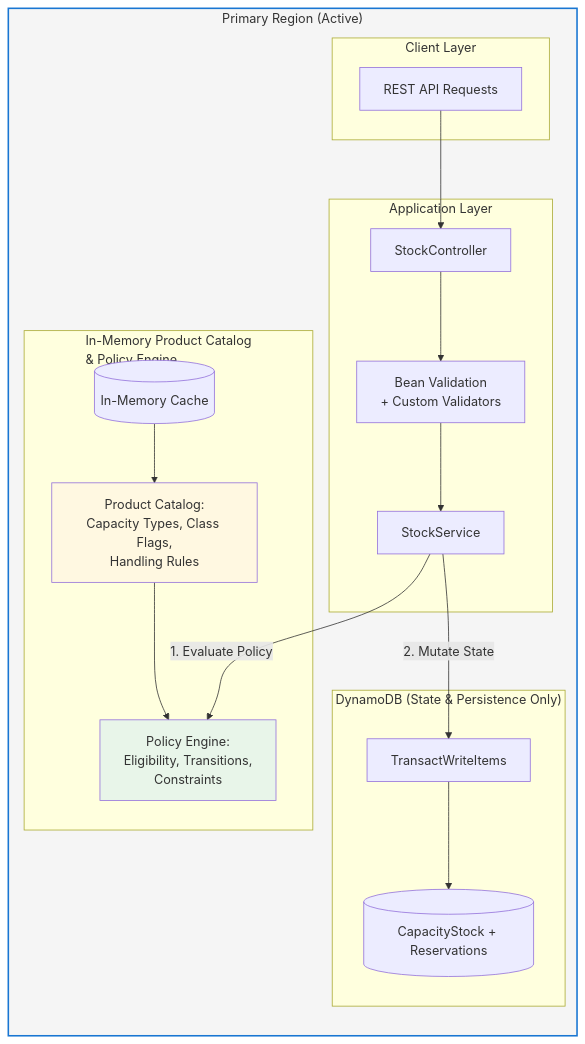
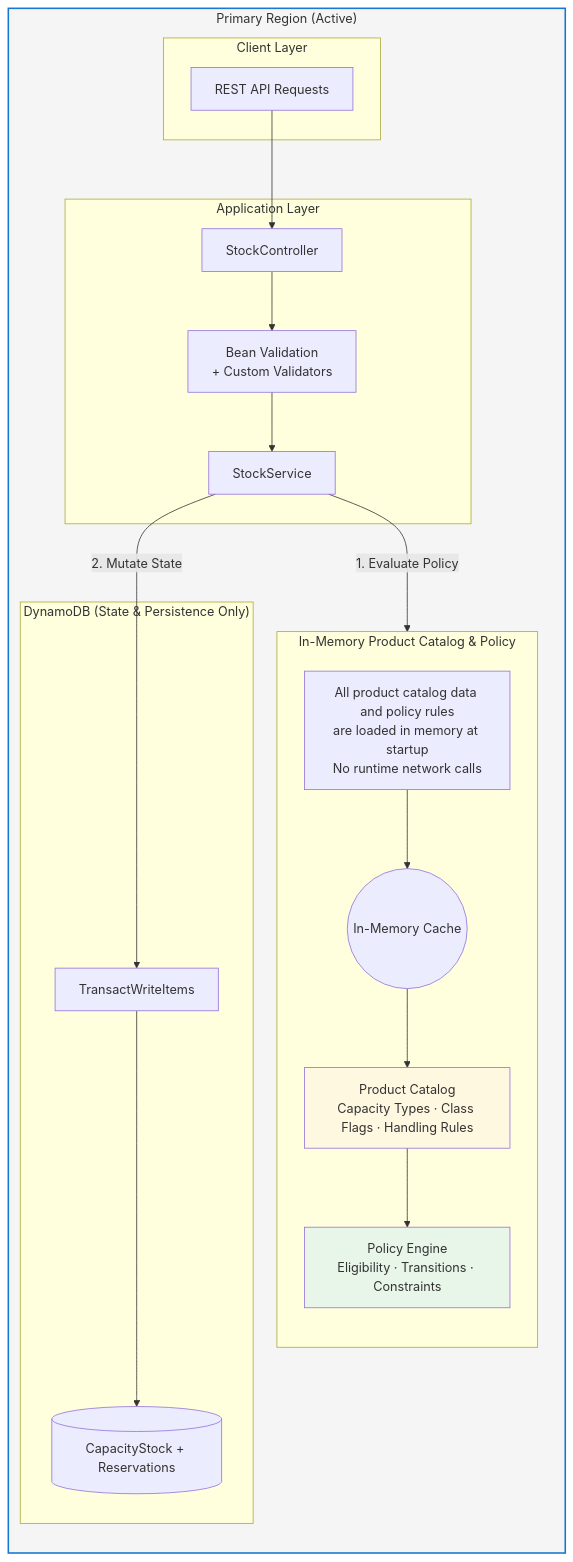
The first of 6 diagrams in docs/api-flow-diagrams.md (sethu-rs/stockkeeper), drawn with Mermaid before and after one commit.

Commit message:
flowchart amended

````diff
--- a/docs/api-flow-diagrams.md
+++ b/docs/api-flow-diagrams.md
@@ -37,38 +37,44 @@
 ```mermaid
 flowchart TB
     subgraph Region["Primary Region (Active)"]
     direction TB
 
     subgraph Client["Client Layer"]
         API[REST API Requests]
     end
 
     subgraph App["Application Layer"]
         Controller[StockController]
         Validator["Bean Validation<br/>+ Custom Validators"]
         Service[StockService]
     end
 
-    subgraph InMemory["In-Memory Product Catalog <br/> & Policy Engine"]
-    
-        ConfigFile[("In-Memory Cache")]
-        ProductCatalog["Product Catalog:<br/>Capacity Types, Class Flags,<br/>Handling Rules"]
-        PolicyEngine["Policy Engine:<br/>Eligibility, Transitions,<br/>Constraints"]
-        ConfigFile --> ProductCatalog --> PolicyEngine
+    subgraph InMemory["In-Memory Product Catalog & Policy"]
+        direction TB
+
+        Title["All product catalog data and policy rules<br/>are loaded in memory at startup<br/>No runtime network calls"]
+        
+        ConfigCache(("In-Memory Cache"))
+        ProductCatalog["Product Catalog<br/>Capacity Types · Class Flags · Handling Rules"]
+        PolicyEngine["Policy Engine<br/>Eligibility · Transitions · Constraints"]
+
+        Title --> ConfigCache
+        ConfigCache --> ProductCatalog
+        ProductCatalog --> PolicyEngine
     end
 
     subgraph DynamoDB["DynamoDB (State & Persistence Only)"]
         Tables[("CapacityStock + Reservations")]
         Transaction["TransactWriteItems"]
     end
 
     API --> Controller --> Validator --> Service
     Service -->|"1. Evaluate Policy"| PolicyEngine
     Service -->|"2. Mutate State"| Transaction --> Tables
 
     end
 
     style PolicyEngine fill:#e8f5e9
     style ProductCatalog fill:#fff8e1
     style Region fill:#f5f5f5,stroke:#1976d2,stroke-width:2px
 ```
````
